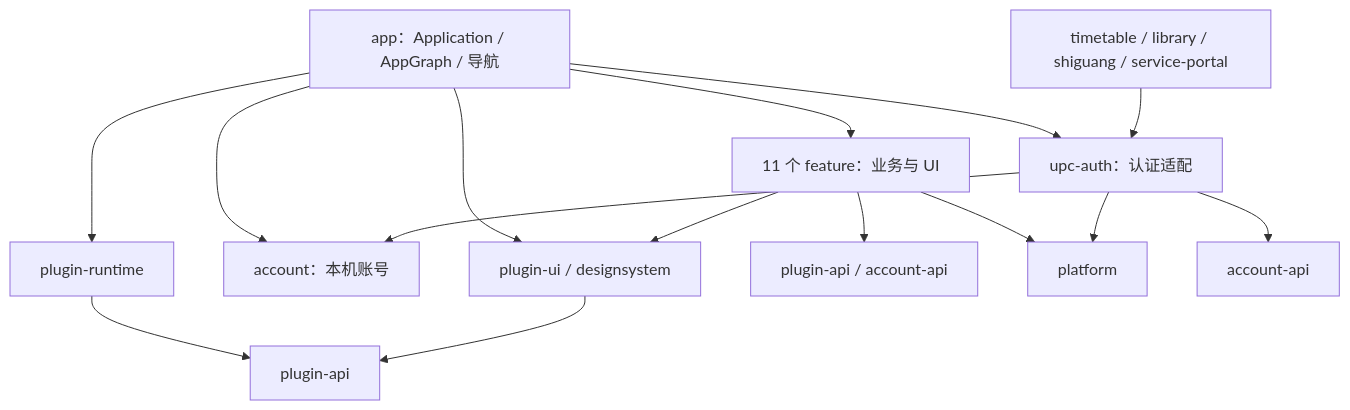
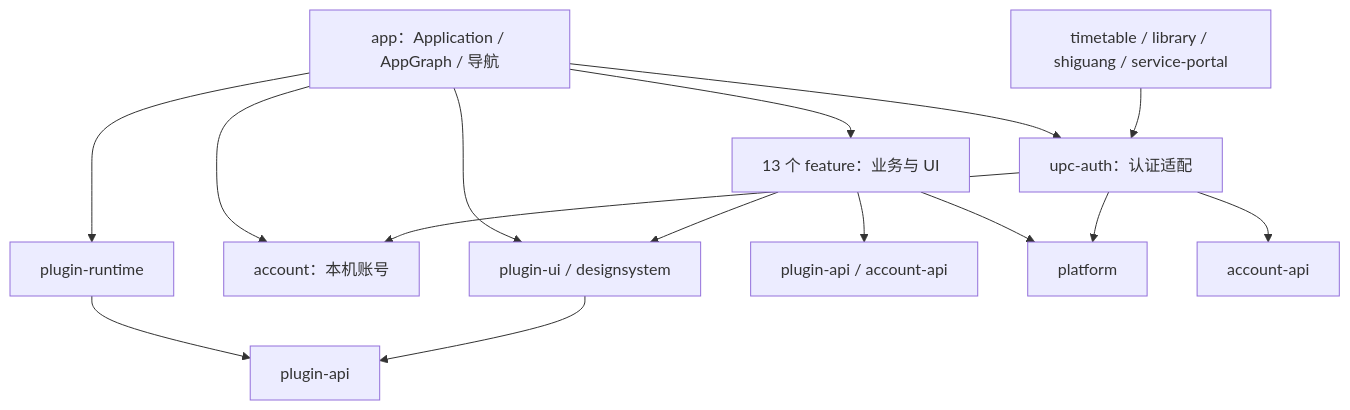
Before and after one commit to dlam12138/UPCPocket: the first of 2 diagrams in ARCHITECTURE.md, drawn with Mermaid. The commit also changed other lines of this file and 26 other files, not shown here.

````diff
--- a/ARCHITECTURE.md
+++ b/ARCHITECTURE.md
@@ -9,17 +9,17 @@
 ```mermaid
 flowchart TD
-    A[app：Application / AppGraph / 导航] --> F[11 个 feature：业务与 UI]
+    A[app：Application / AppGraph / 导航] --> F[13 个 feature：业务与 UI]
     A --> R[plugin-runtime]
     A --> C[account：本机账号]
     A --> U[upc-auth：认证适配]
     A --> UI[plugin-ui / designsystem]
     F --> API[plugin-api / account-api]
     F --> UI
     F --> P[platform]
     TF[timetable / library / shiguang / service-portal] --> U
     U --> C
     U --> P
     U --> AA[account-api]
     R --> PA[plugin-api]
     UI --> PA
 ```
````
